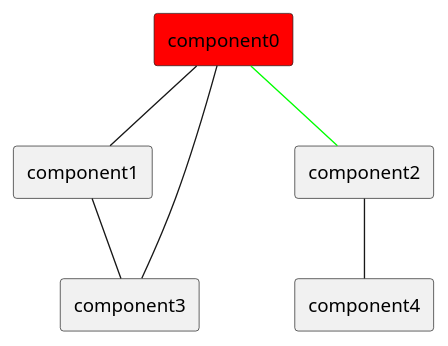
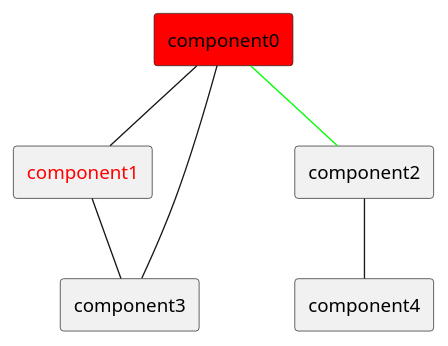
One commit to wiloon/blog changed the seventh of 7 diagrams in content/post/archive-3/2020-01-26-plantuml-puml-vs-code.md. Above: the diagram before and after it, drawn with PlantUML. The commit also changed other lines of this file, not shown here.

````diff
--- a/content/post/archive-3/2020-01-26-plantuml-puml-vs-code.md
+++ b/content/post/archive-3/2020-01-26-plantuml-puml-vs-code.md
@@ -101,18 +118,19 @@
 ```puml
 @startuml
 skinparam componentStyle rectangle
+skinparam ParticipantFontColor #A9DCDF
 
 [component0] as c0 #ff0000
-[component1] as c1
+[<color:#ff0000>component1</color>] as c1
 [component2] as c2
 [component3] as c3
 [component4] as c4
 
 c0 -- c1
 c0-[#00ff00]-c2
 c1--c3
 c0--c3
 
 c2--c4
 @enduml
 ```
````
